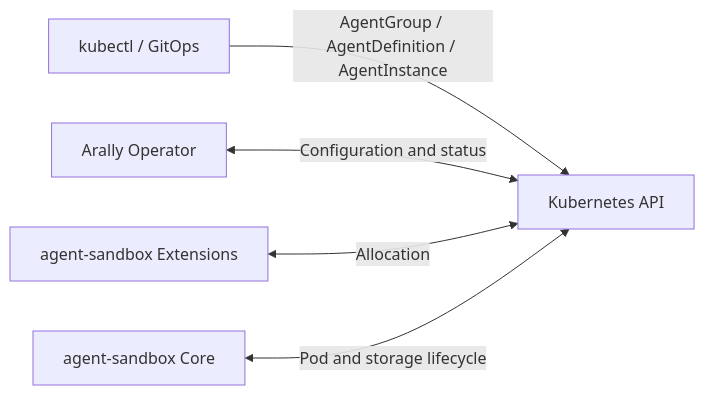
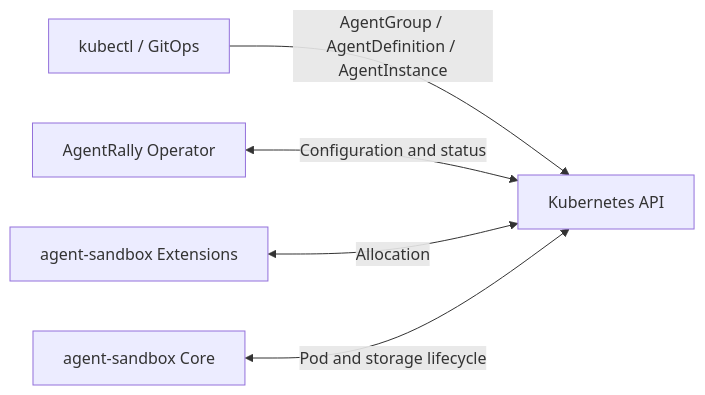
One commit to chizhang21/agentrally-operator changed the first of 3 diagrams in docs/architecture.md. Above: the diagram before and after it, drawn with Mermaid. The commit also changed other lines of this file and 54 other files, not shown here.

Commit message:
Refactor internals and unify AgentRally branding

````diff
--- a/docs/architecture.md
+++ b/docs/architecture.md
@@ -27,7 +27,7 @@
 ```mermaid
 flowchart LR
     U["kubectl / GitOps"] -->|"AgentGroup / AgentDefinition / AgentInstance"| K["Kubernetes API"]
-    A["Arally Operator"] <-->|"Configuration and status"| K
+    A["AgentRally Operator"] <-->|"Configuration and status"| K
     E["agent-sandbox Extensions"] <-->|"Allocation"| K
     C["agent-sandbox Core"] <-->|"Pod and storage lifecycle"| K
 ```
````
